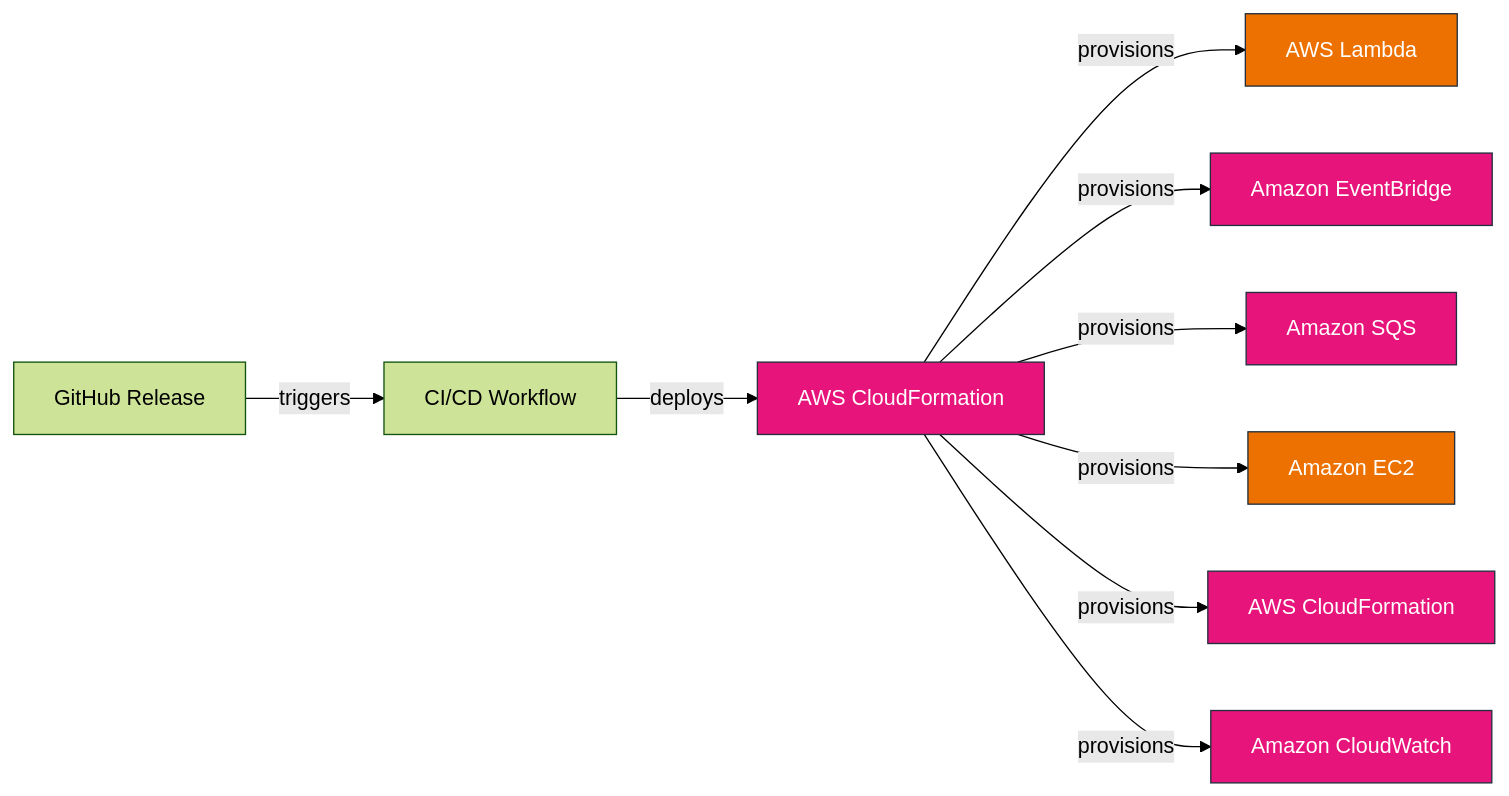
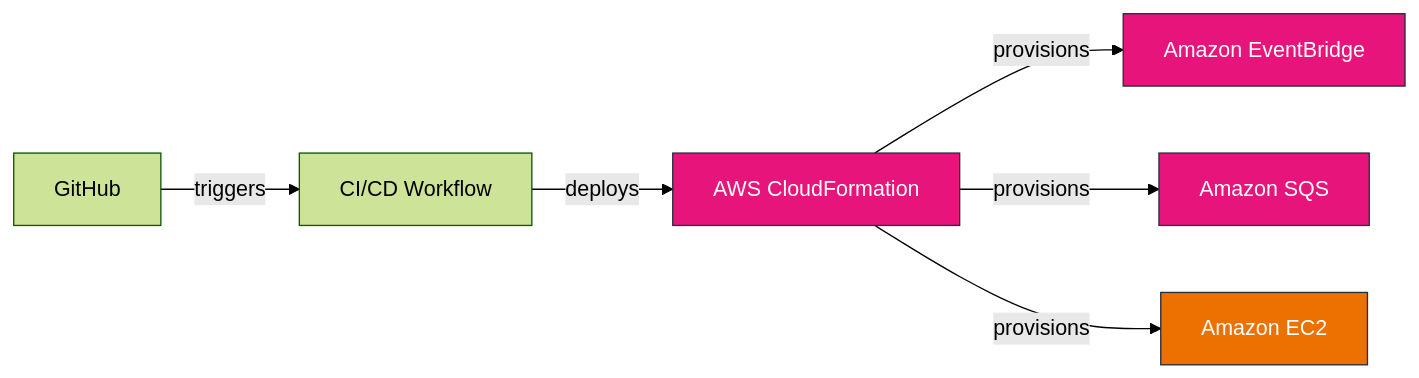
One commit to teddynted/ai-github-repository-blog-generator changed the seventh of 8 diagrams in testdata/expected/architecture.md. Above: the diagram before and after it, drawn with Mermaid (forest theme). The commit also changed other lines of this file and 3 other files, not shown here.

First line of the commit message:
fix(architecture): conservative CI/CD flow + service-role intelligence rows

````diff
--- a/testdata/expected/architecture.md
+++ b/testdata/expected/architecture.md
@@ -206,27 +206,18 @@
 ```mermaid
 flowchart LR
-    github["GitHub Release"]
+    github["GitHub"]
     workflow["CI/CD Workflow"]
     cloudformation["AWS CloudFormation"]
-    AWS_Lambda["AWS Lambda"]
     Amazon_EventBridge["Amazon EventBridge"]
     Amazon_SQS["Amazon SQS"]
     Amazon_EC2["Amazon EC2"]
-    AWS_CloudFormation["AWS CloudFormation"]
-    Amazon_CloudWatch["Amazon CloudWatch"]
     github -->|triggers| workflow
     workflow -->|deploys| cloudformation
-    cloudformation -->|provisions| AWS_Lambda
     cloudformation -->|provisions| Amazon_EventBridge
     cloudformation -->|provisions| Amazon_SQS
     cloudformation -->|provisions| Amazon_EC2
-    cloudformation -->|provisions| AWS_CloudFormation
-    cloudformation -->|provisions| Amazon_CloudWatch
     style cloudformation fill:#E7157B,stroke:#232F3E,color:#fff
-    style AWS_Lambda fill:#ED7100,stroke:#232F3E,color:#fff
     style Amazon_EventBridge fill:#E7157B,stroke:#232F3E,color:#fff
     style Amazon_SQS fill:#E7157B,stroke:#232F3E,color:#fff
     style Amazon_EC2 fill:#ED7100,stroke:#232F3E,color:#fff
-    style AWS_CloudFormation fill:#E7157B,stroke:#232F3E,color:#fff
-    style Amazon_CloudWatch fill:#E7157B,stroke:#232F3E,color:#fff
 ```
````
